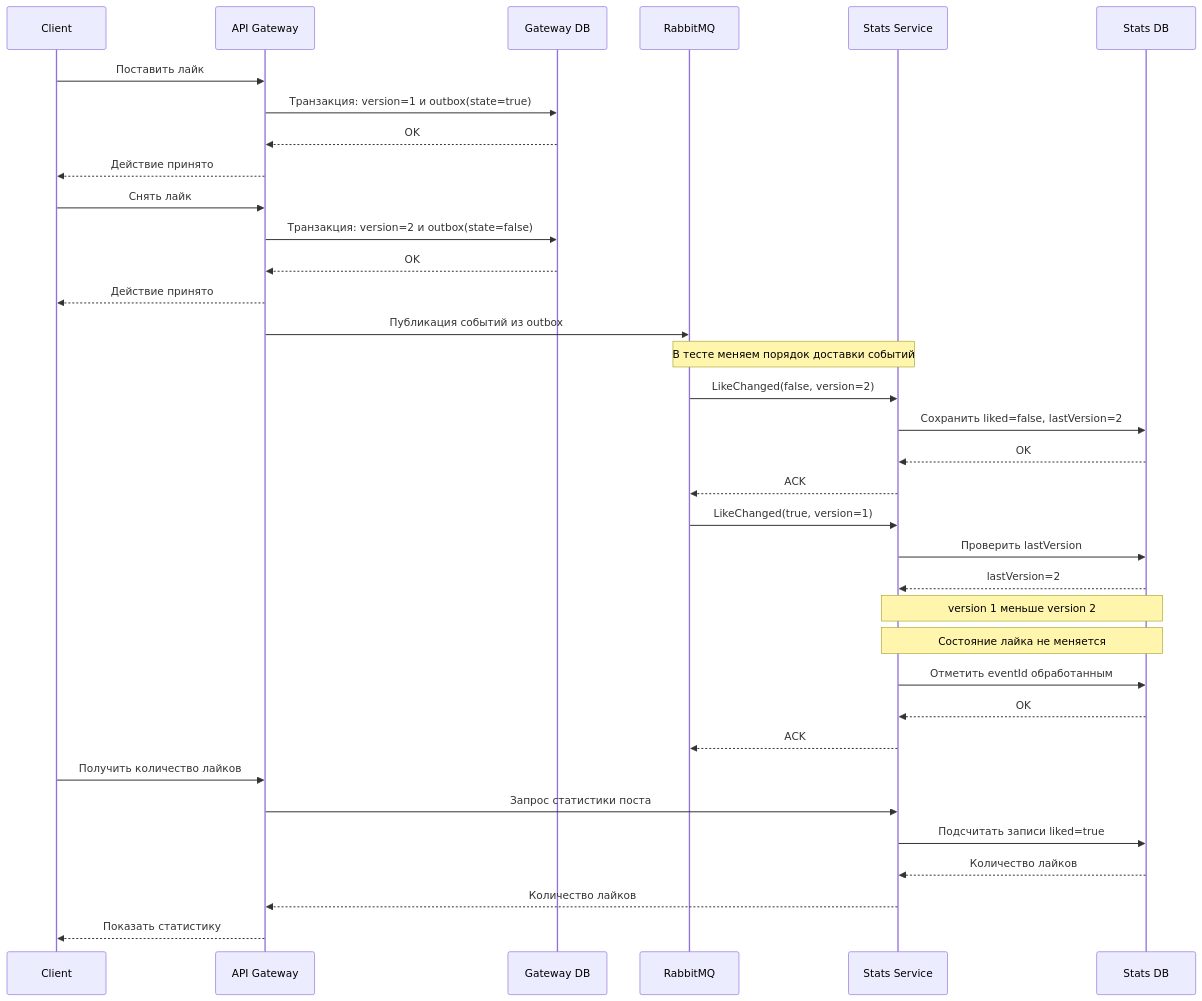
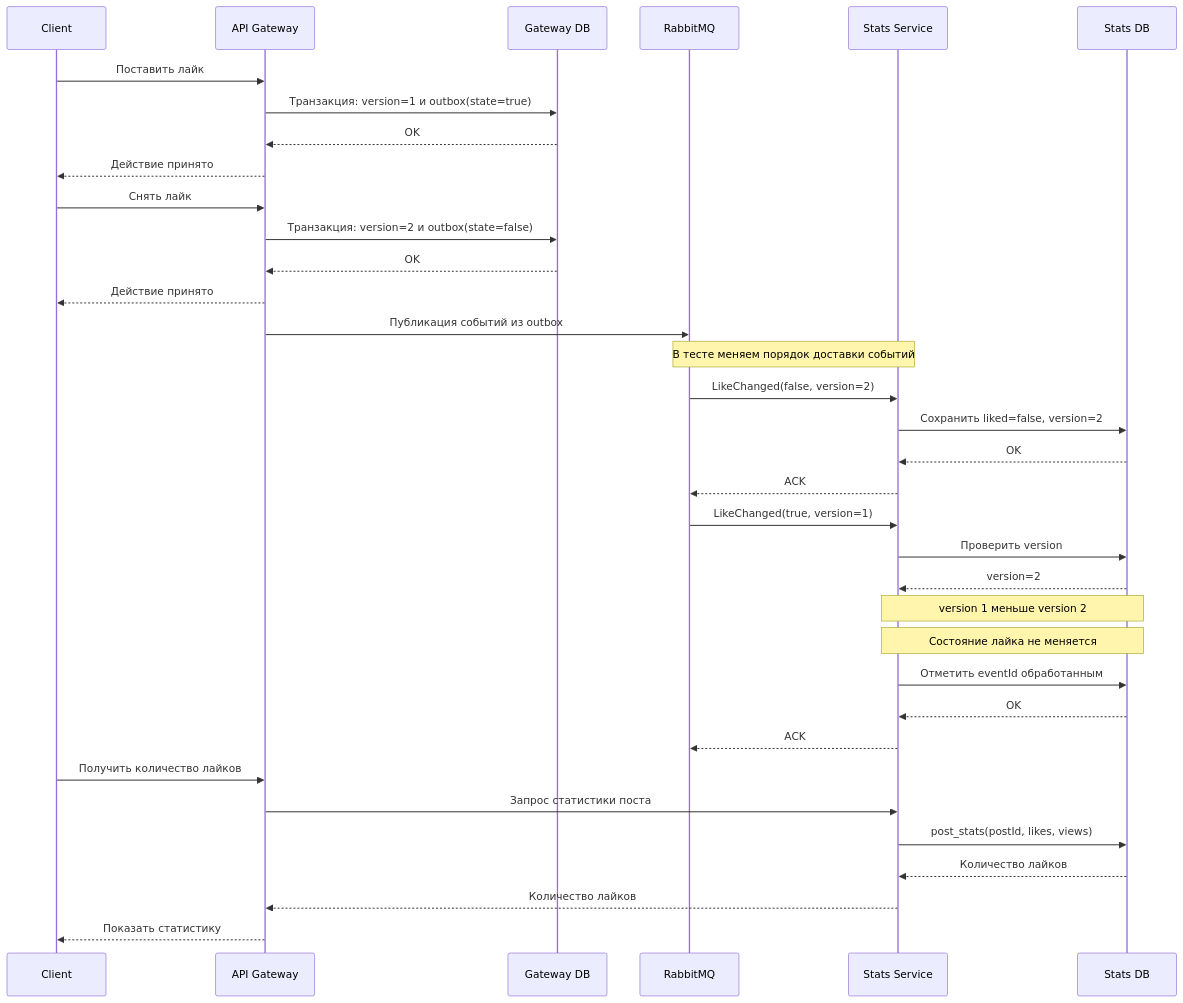
Before and after one commit to spbu-ds-practicum-2026/brigada: the eighth of 8 diagrams in docs/tr.md, drawn with Mermaid. The commit also changed other lines of this file, not shown here.

````diff
--- a/docs/tr.md
+++ b/docs/tr.md
@@ -662,46 +731,46 @@
 ```mermaid
 sequenceDiagram
     participant Client
     participant Gateway as API Gateway
     participant GatewayDB as Gateway DB
     participant Broker as RabbitMQ
     participant Stats as Stats Service
     participant StatsDB as Stats DB
 
     Client->>Gateway: Поставить лайк
     Gateway->>GatewayDB: Транзакция: version=1 и outbox(state=true)
     GatewayDB-->>Gateway: OK
     Gateway-->>Client: Действие принято
 
     Client->>Gateway: Снять лайк
     Gateway->>GatewayDB: Транзакция: version=2 и outbox(state=false)
     GatewayDB-->>Gateway: OK
     Gateway-->>Client: Действие принято
 
     Gateway->>Broker: Публикация событий из outbox
 
     Note over Broker,Stats: В тесте меняем порядок доставки событий
 
     Broker->>Stats: LikeChanged(false, version=2)
-    Stats->>StatsDB: Сохранить liked=false, lastVersion=2
+    Stats->>StatsDB: Сохранить liked=false, version=2
     StatsDB-->>Stats: OK
     Stats-->>Broker: ACK
 
     Broker->>Stats: LikeChanged(true, version=1)
-    Stats->>StatsDB: Проверить lastVersion
-    StatsDB-->>Stats: lastVersion=2
+    Stats->>StatsDB: Проверить version
+    StatsDB-->>Stats: version=2
 
     Note over Stats,StatsDB: version 1 меньше version 2
     Note over Stats,StatsDB: Состояние лайка не меняется
 
     Stats->>StatsDB: Отметить eventId обработанным
     StatsDB-->>Stats: OK
     Stats-->>Broker: ACK
 
     Client->>Gateway: Получить количество лайков
     Gateway->>Stats: Запрос статистики поста
-    Stats->>StatsDB: Подсчитать записи liked=true
+    Stats->>StatsDB: post_stats(postId, likes, views)
     StatsDB-->>Stats: Количество лайков
     Stats-->>Gateway: Количество лайков
     Gateway-->>Client: Показать статистику
 ```
````
